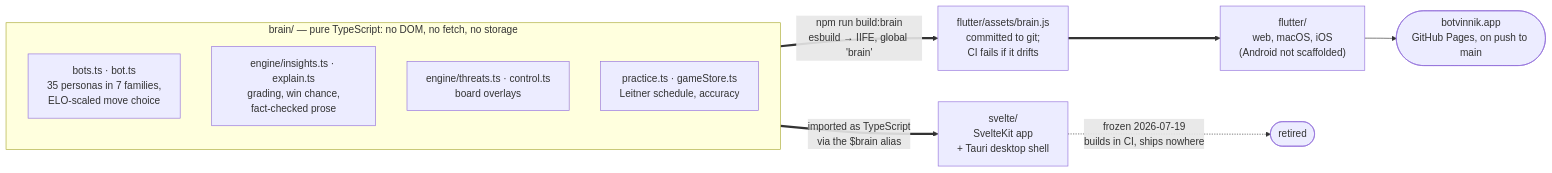
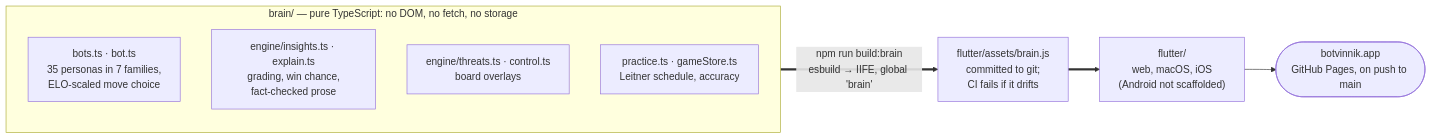
One commit to quadrismegistus/botvinnik changed the first of 5 diagrams in ARCHITECTURE.md. Above: the diagram before and after it, drawn with Mermaid. The commit also changed other lines of this file and 139 other files, not shown here.

````diff
--- a/ARCHITECTURE.md
+++ b/ARCHITECTURE.md
@@ -15,16 +15,13 @@
 ```mermaid
 flowchart LR
     subgraph BRAIN["brain/ — pure TypeScript: no DOM, no fetch, no storage"]
         R["bots.ts · bot.ts<br/>35 personas in 7 families,<br/>ELO-scaled move choice"]
         G["engine/insights.ts · explain.ts<br/>grading, win chance,<br/>fact-checked prose"]
         O["engine/threats.ts · control.ts<br/>board overlays"]
         P["practice.ts · gameStore.ts<br/>Leitner schedule, accuracy"]
     end
 
-    BRAIN ==>|"imported as TypeScript<br/>via the $brain alias"| SVELTE["svelte/<br/>SvelteKit app<br/>+ Tauri desktop shell"]
     BRAIN ==>|"npm run build:brain<br/>esbuild → IIFE, global 'brain'"| BUNDLE["flutter/assets/brain.js<br/>committed to git;<br/>CI fails if it drifts"]
     BUNDLE ==> FLUTTER["flutter/<br/>web, macOS, iOS<br/>(Android not scaffolded)"]
-
     FLUTTER --> WEB(["botvinnik.app<br/>GitHub Pages, on push to main"])
-    SVELTE -.->|"frozen 2026-07-19<br/>builds in CI, ships nowhere"| GONE(["retired"])
 ```
````
